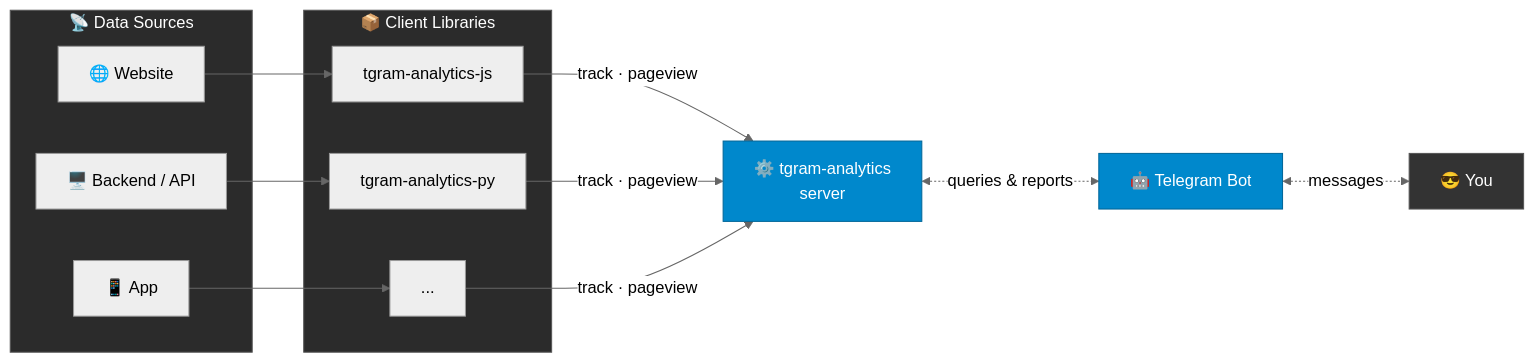
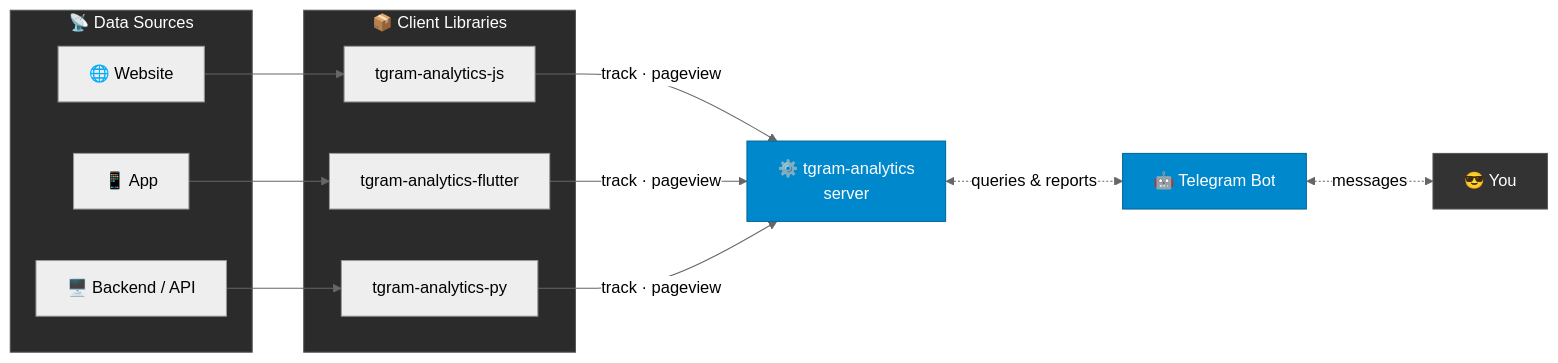
One commit to tgram-analytics/.github changed the diagram in profile/README.md. Above: the diagram before and after it, drawn with Mermaid (neutral theme). The commit also changed other lines of this file and 1 other file, not shown here.

First line of the commit message:
Add Flutter SDK to org profile, update diagram and repos table

````diff
--- a/profile/README.md
+++ b/profile/README.md
@@ -18,29 +18,29 @@
 ```mermaid
 flowchart LR
     subgraph Sources["📡 Data Sources"]
         A["🌐 Website"]
         B["📱 App"]
         C["🖥️ Backend / API"]
     end
     subgraph SDKs["📦 Client Libraries"]
         JS["tgram-analytics-js"]
+        FL["tgram-analytics-flutter"]
         PY["tgram-analytics-py"]
-        SW["..."]
     end
     S["⚙️ tgram-analytics\nserver"]
     T["🤖 Telegram Bot"]
     U["😎 You"]
     A --> JS
-    B --> SW
+    B --> FL
     C --> PY
     JS -- "track · pageview" --> S
+    FL -- "track · pageview" --> S
     PY -- "track · pageview" --> S
-    SW -- "track · pageview" --> S
     S <-. "queries & reports" .-> T
     T <-. "messages" .-> U
     style Sources fill:#2b2b2b,stroke:#555,color:#fff
     style SDKs fill:#2b2b2b,stroke:#555,color:#fff
     style S fill:#0088cc,stroke:#006699,color:#fff
     style T fill:#0088cc,stroke:#006699,color:#fff
     style U fill:#333,stroke:#555,color:#fff
 ```
````
